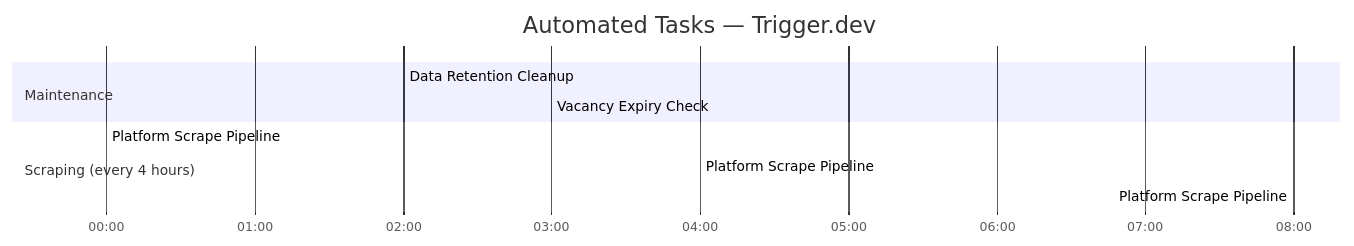
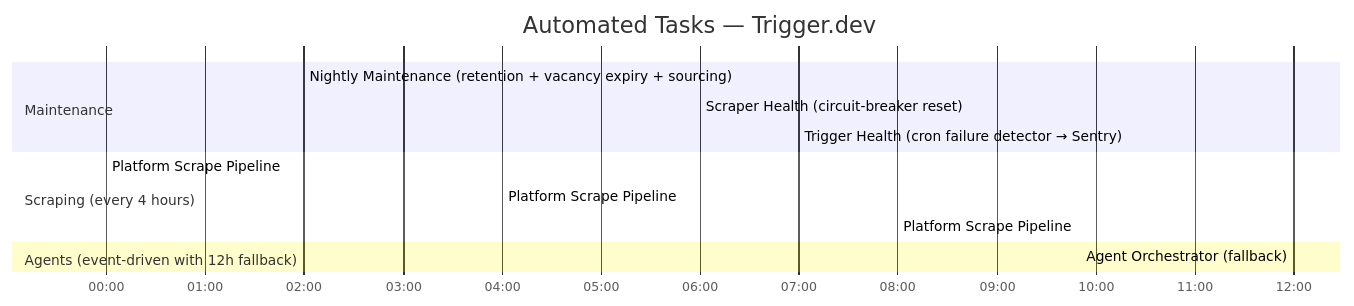
Before and after one commit to RyanLisse/motian: the tenth of 12 diagrams in README.en.md, drawn with Mermaid. The commit also changed other lines of this file and 5 other files, not shown here.

````diff
--- a/README.en.md
+++ b/README.en.md
@@ -461,15 +461,19 @@
 ```mermaid
 gantt
     title Automated Tasks — Trigger.dev
     dateFormat HH:mm
     axisFormat %H:%M
 
     section Maintenance
-    Data Retention Cleanup    :02:00, 30min
-    Vacancy Expiry Check      :03:00, 15min
+    Nightly Maintenance (retention + vacancy expiry + sourcing)  :02:00, 45min
+    Scraper Health (circuit-breaker reset)                        :06:00, 5min
+    Trigger Health (cron failure detector → Sentry)               :07:00, 10min
 
     section Scraping (every 4 hours)
     Platform Scrape Pipeline  :00:00, 45min
     Platform Scrape Pipeline  :04:00, 45min
     Platform Scrape Pipeline  :08:00, 45min
+
+    section Agents (event-driven with 12h fallback)
+    Agent Orchestrator (fallback)                                 :12:00, 10min
 ```
````
